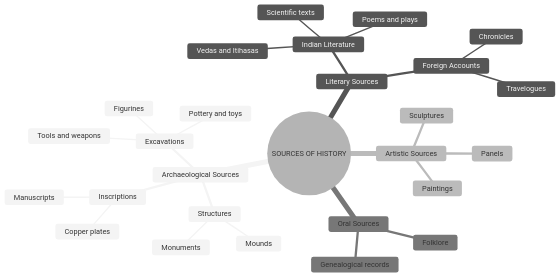
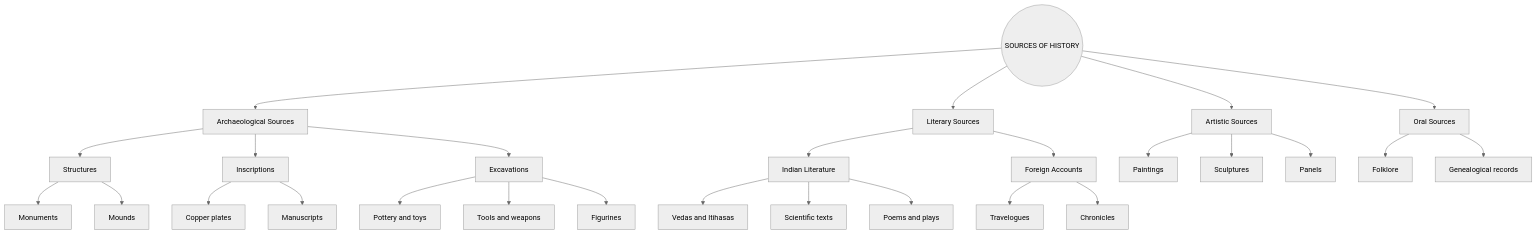
Before and after one commit to cbse-media/content: the diagram in resource/6th/social-science/4/topics/03-sources-of-history.mdx, drawn with Mermaid (neutral theme). The commit also changed 33 other files, not shown here.

````diff
--- a/resource/6th/social-science/4/topics/03-sources-of-history.mdx
+++ b/resource/6th/social-science/4/topics/03-sources-of-history.mdx
@@ -18,30 +18,37 @@
 ```mermaid
-mindmap
+graph TD
   root((SOURCES OF HISTORY))
-    Archaeological Sources
-      Structures
-        Monuments
-        Mounds
-      Inscriptions
-        Copper plates
-        Manuscripts
-      Excavations
-        Pottery and toys
-        Tools and weapons
-        Figurines
-    Literary Sources
-      Indian Literature
-        Vedas and Itihasas
-        Scientific texts
-        Poems and plays
-      Foreign Accounts
-        Travelogues
-        Chronicles
-    Artistic Sources
-      Paintings
-      Sculptures
-      Panels
-    Oral Sources
-      Folklore
-      Genealogical records
+  root --> Arch[Archaeological Sources]
+  root --> Lit[Literary Sources]
+  root --> Art[Artistic Sources]
+  root --> Oral[Oral Sources]
+
+  Arch --> Structures
+  Structures --> Monuments
+  Structures --> Mounds
+
+  Arch --> Inscriptions
+  Inscriptions --> CopperPlates[Copper plates]
+  Inscriptions --> Manuscripts
+
+  Arch --> Excavations
+  Excavations --> PotteryToys[Pottery and toys]
+  Excavations --> ToolsWeapons[Tools and weapons]
+  Excavations --> Figurines
+
+  Lit --> Indian[Indian Literature]
+  Indian --> VedasItihasas[Vedas and Itihasas]
+  Indian --> ScientificTexts[Scientific texts]
+  Indian --> PoemsPlays[Poems and plays]
+
+  Lit --> Foreign[Foreign Accounts]
+  Foreign --> Travelogues
+  Foreign --> Chronicles
+
+  Art --> Paintings
+  Art --> Sculptures
+  Art --> Panels
+
+  Oral --> Folklore
+  Oral --> Records[Genealogical records]
 ```
````
